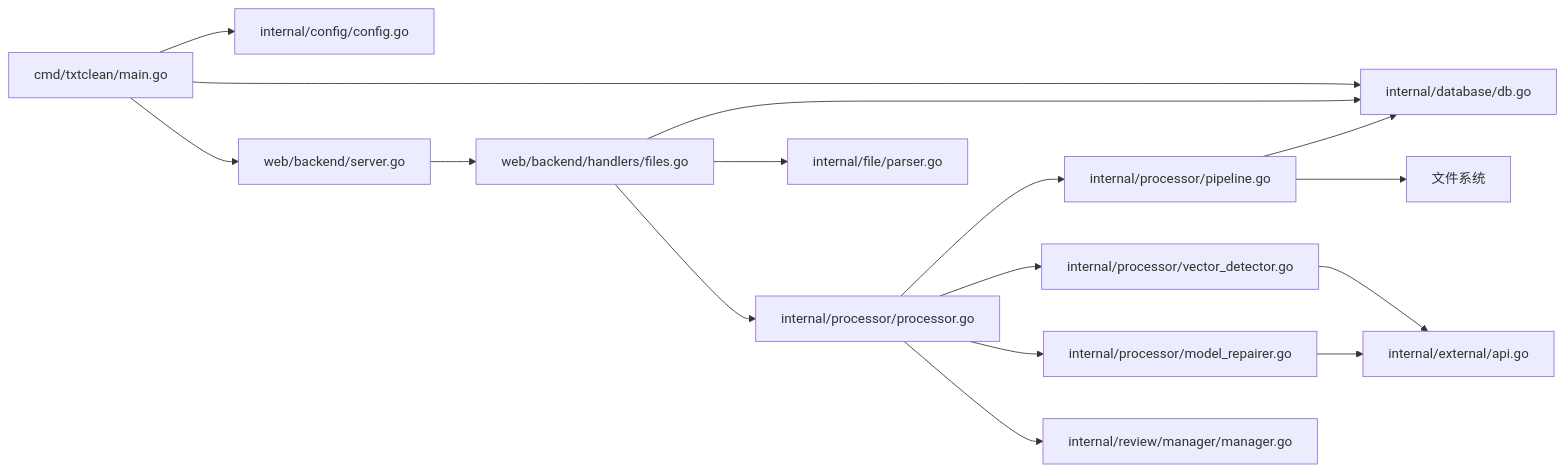
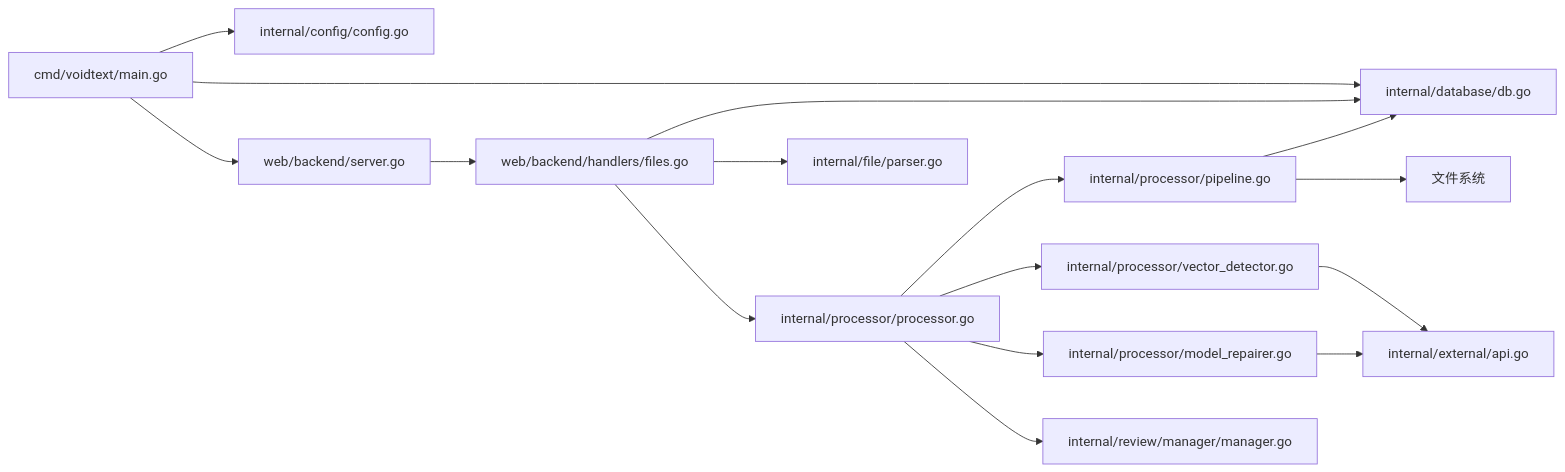
Before and after one commit to handy-h/VoidText: the seventh of 7 diagrams in repowikis/系统架构设计/整体架构概览.md, drawn with Mermaid. The commit also changed other lines of this file and 101 other files, not shown here.

````diff
--- a/repowikis/系统架构设计/整体架构概览.md
+++ b/repowikis/系统架构设计/整体架构概览.md
@@ -429,18 +429,18 @@
 ```mermaid
 graph LR
-MAIN["cmd/txtclean/main.go"] --> CFG["internal/config/config.go"]
+MAIN["cmd/voidtext/main.go"] --> CFG["internal/config/config.go"]
 MAIN --> DB["internal/database/db.go"]
 MAIN --> WS["web/backend/server.go"]
 WS --> HD["web/backend/handlers/files.go"]
 HD --> DB
 HD --> FP["internal/file/parser.go"]
 HD --> PROC["internal/processor/processor.go"]
 PROC --> PIPE["internal/processor/pipeline.go"]
 PROC --> VD["internal/processor/vector_detector.go"]
 PROC --> MR["internal/processor/model_repairer.go"]
 PROC --> RM["internal/review/manager/manager.go"]
 PIPE --> DB
 PIPE --> FS["文件系统"]
 VD --> EXT["internal/external/api.go"]
 MR --> EXT
 ```
````
